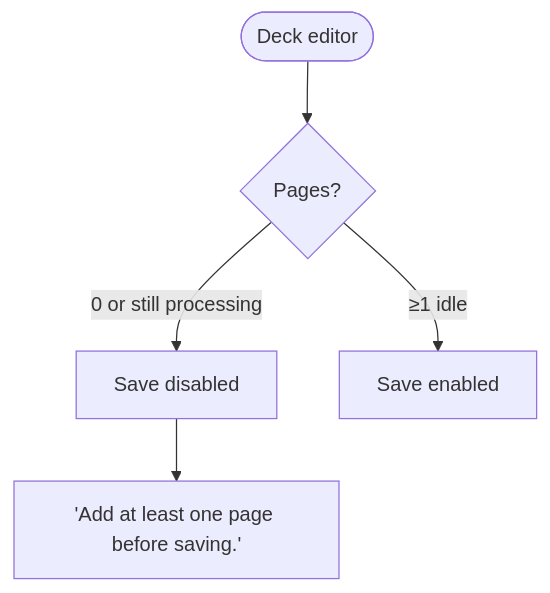
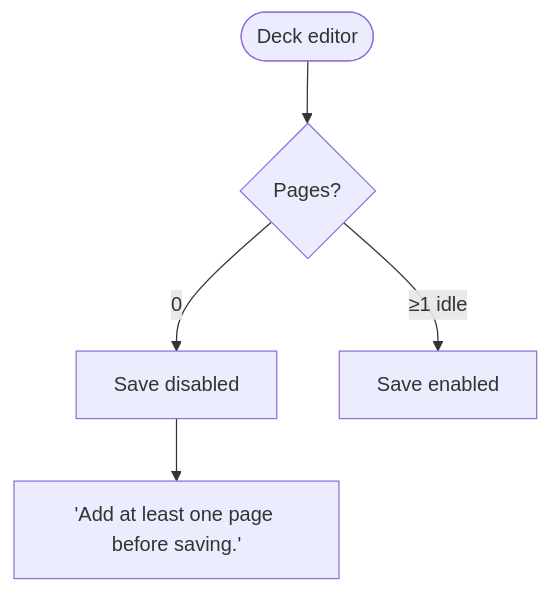
Before and after one commit to xilefmusics/worship_viewer: diagram 55 of 56 in docs/architecture/frontend-user-flows.md, drawn with Mermaid. The commit also changed other lines of this file and 62 other files, not shown here.

````diff
--- a/docs/architecture/frontend-user-flows.md
+++ b/docs/architecture/frontend-user-flows.md
@@ -932,7 +932,7 @@
 ```mermaid
 flowchart TD
     editor(["Deck editor"]) --> pages{Pages?}
-    pages -->|0 or still processing| dis["Save disabled"]
+    pages -->|0| dis["Save disabled"]
     pages -->|≥1 idle| en["Save enabled"]
     dis --> hint["'Add at least one page before saving.'"]
 ```
````
